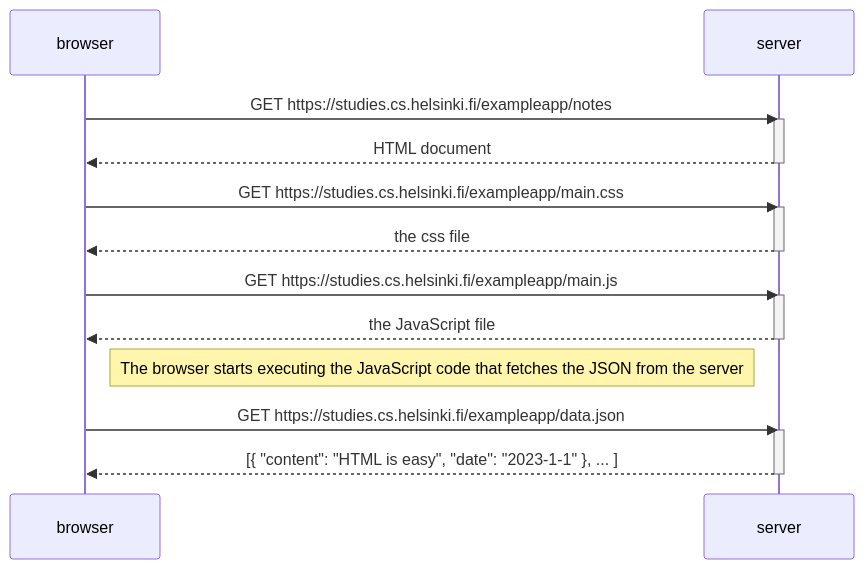
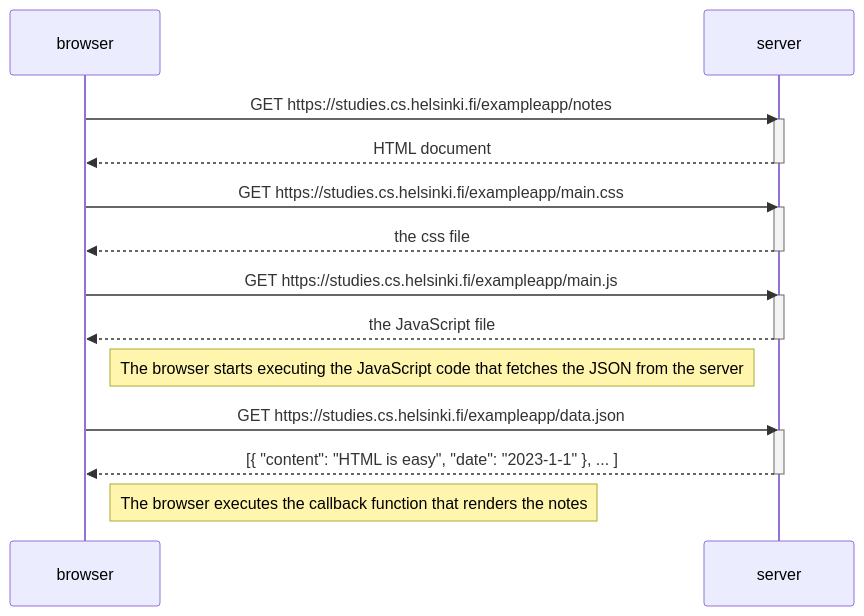
Before and after one commit to Sandrowue/FullStackOpen: the diagram in flowchart.md, drawn with Mermaid.

Commit message:
correct ending of mermaid

````diff
--- a/flowchart.md
+++ b/flowchart.md
@@ -1,27 +1,29 @@
 ```mermaid
 sequenceDiagram
     participant browser
     participant server
     
     browser->>server: GET https://studies.cs.helsinki.fi/exampleapp/notes
     activate server
     server-->>browser: HTML document
     deactivate server
     
     browser->>server: GET https://studies.cs.helsinki.fi/exampleapp/main.css
     activate server
     server-->>browser: the css file
     deactivate server
     
     browser->>server: GET https://studies.cs.helsinki.fi/exampleapp/main.js
     activate server
     server-->>browser: the JavaScript file
     deactivate server
     
     Note right of browser: The browser starts executing the JavaScript code that fetches the JSON from the server
     
     browser->>server: GET https://studies.cs.helsinki.fi/exampleapp/data.json
     activate server
     server-->>browser: [{ "content": "HTML is easy", "date": "2023-1-1" }, ... ]
     deactivate server
-```    
+    
+    Note right of browser: The browser executes the callback function that renders the notes 
+```
````
